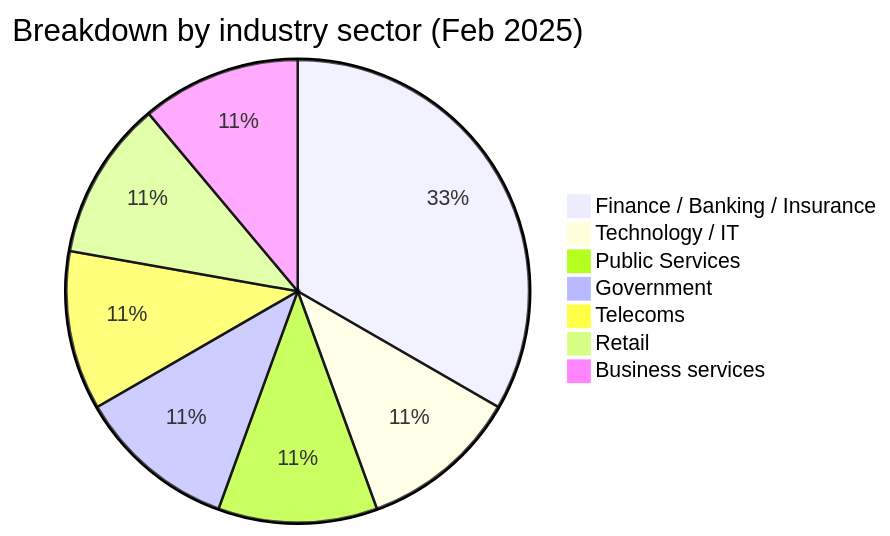
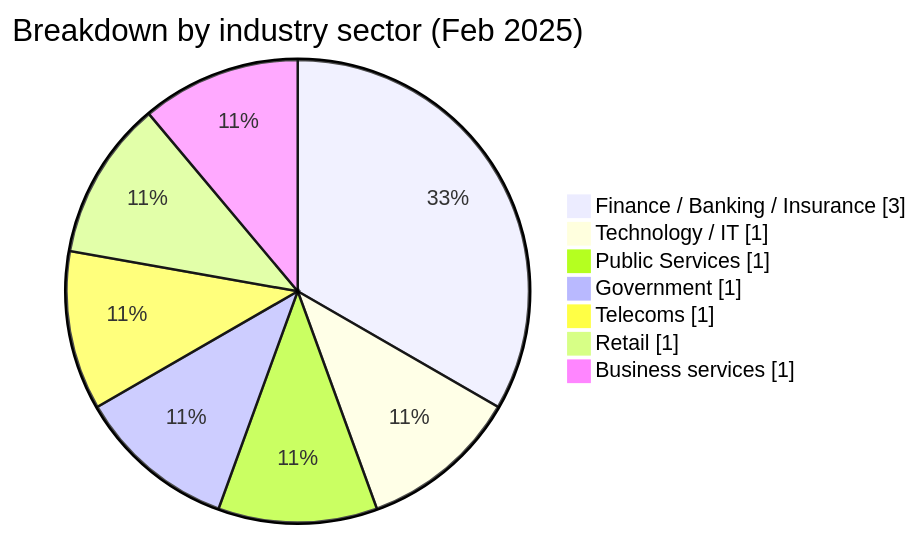
One commit to Hatchepsoute/AFRINTEL changed the first of 6 diagrams in CyberAttackAfrica/2025/02-february/README.md. Above: the diagram before and after it, drawn with Mermaid. The commit also changed other lines of this file and 182 other files, not shown here.

````diff
--- a/CyberAttackAfrica/2025/02-february/README.md
+++ b/CyberAttackAfrica/2025/02-february/README.md
@@ -44,10 +47,11 @@
 ```mermaid
-pie title Breakdown by industry sector (Feb 2025)
+pie showData
+    title Breakdown by industry sector (Feb 2025)
     "Finance / Banking / Insurance" : 3
     "Technology / IT" : 1
     "Public Services" : 1
     "Government" : 1
     "Telecoms" : 1
     "Retail" : 1
     "Business services" : 1
 ```
````
